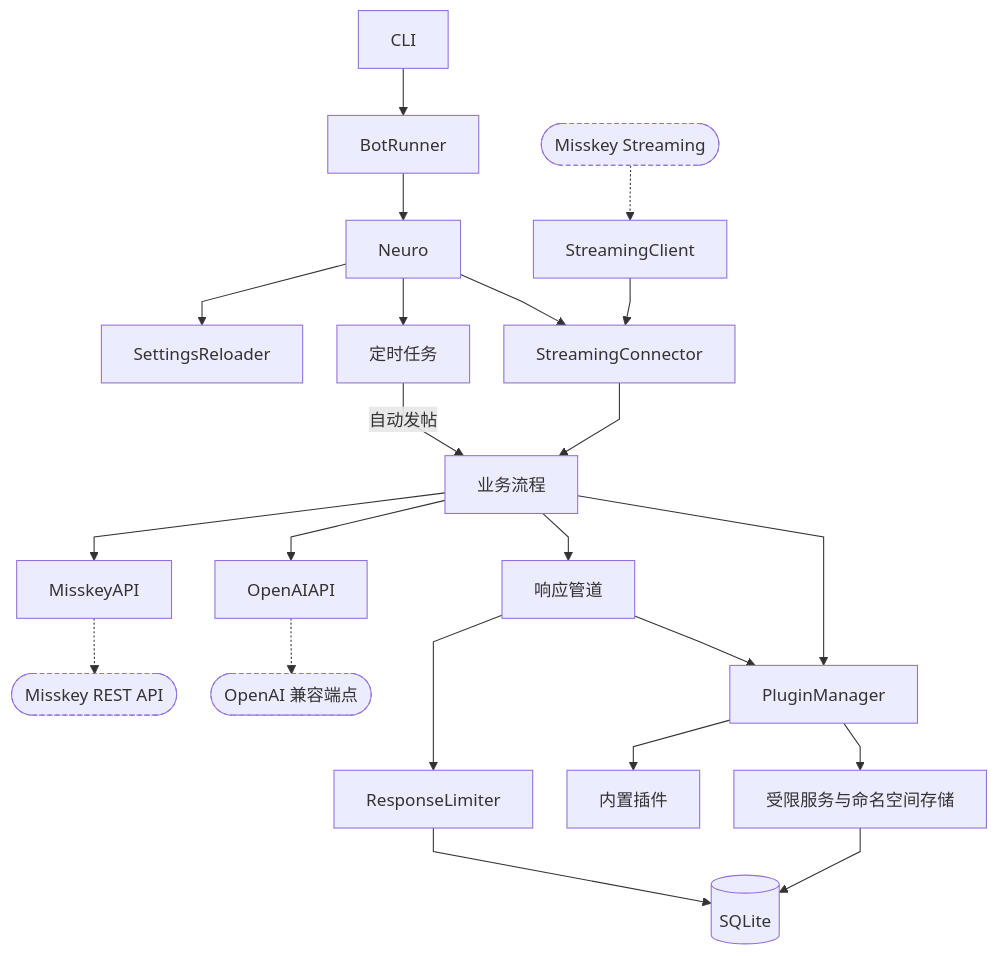
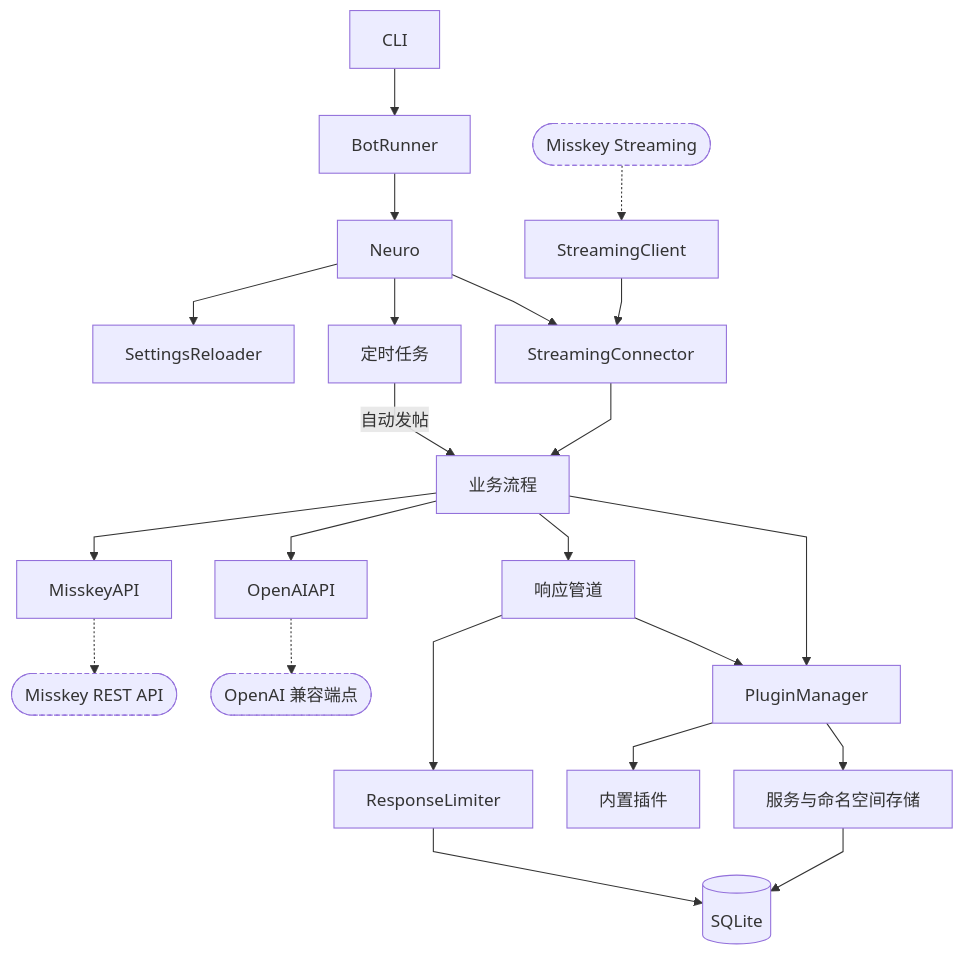
One commit to oreeke/twipsybot changed the diagram in docs/dev-guide/architecture.md. Above: the diagram before and after it, drawn with Mermaid. The commit also changed other lines of this file and 48 other files, not shown here.

````diff
--- a/docs/dev-guide/architecture.md
+++ b/docs/dev-guide/architecture.md
@@ -12,22 +12,22 @@
 ```mermaid
 %%{init: {"flowchart": {"curve": "linear", "nodeSpacing": 32, "rankSpacing": 44}}}%%
 flowchart TB
 	CLI[CLI] --> Runner[BotRunner] --> Core[Neuro]
 	Core --> Reloader[SettingsReloader]
 	Core --> Scheduler[定时任务]
 	Core --> Connector[StreamingConnector]
 	MisskeyStream([Misskey Streaming]) -.-> Streaming[StreamingClient] --> Connector
 	Scheduler -->|自动发帖| Flows[业务流程]
 	Connector --> Flows
 
 	Flows --> MisskeyAPI[MisskeyAPI] -.-> MisskeyREST([Misskey REST API])
 	Flows --> OpenAI[OpenAIAPI] -.-> Endpoint([OpenAI 兼容端点])
 	Flows --> Pipeline[响应管道] --> Limiter[ResponseLimiter]
 	Flows & Pipeline --> Plugins[PluginManager]
 	Plugins --> Builtins[内置插件]
-	Plugins --> Services[受限服务与命名空间存储]
+	Plugins --> Services[服务与命名空间存储]
 	Limiter & Services --> SQLite[(SQLite)]
 
 	classDef ext stroke-dasharray: 4 3
 	class MisskeyStream,MisskeyREST,Endpoint ext
 ```
````
